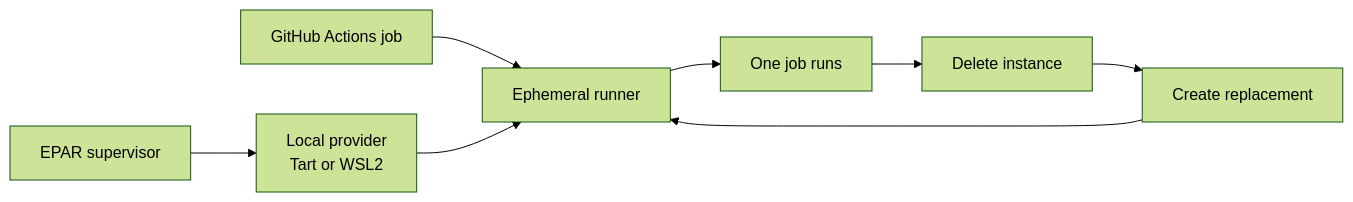
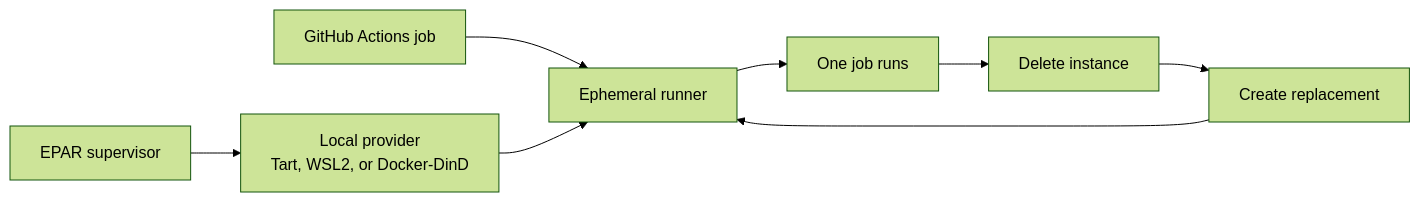
Before and after one commit to solutionforest/ephemeral-action-runner: the first of 2 diagrams in README.md, drawn with Mermaid (forest theme). The commit also changed other lines of this file and 30 other files, not shown here.

Commit message:
Add Docker-DinD provider

````diff
--- a/README.md
+++ b/README.md
@@ -7,10 +7,10 @@
 ```mermaid
 flowchart LR
   Workflow["GitHub Actions job"] --> Runner["Ephemeral runner"]
-  EPAR["EPAR supervisor"] --> Provider["Local provider<br/>Tart or WSL2"]
+  EPAR["EPAR supervisor"] --> Provider["Local provider<br/>Tart, WSL2, or Docker-DinD"]
   Provider --> Runner
   Runner --> Job["One job runs"]
   Job --> Delete["Delete instance"]
   Delete --> Replace["Create replacement"]
   Replace --> Runner
 ```
````
